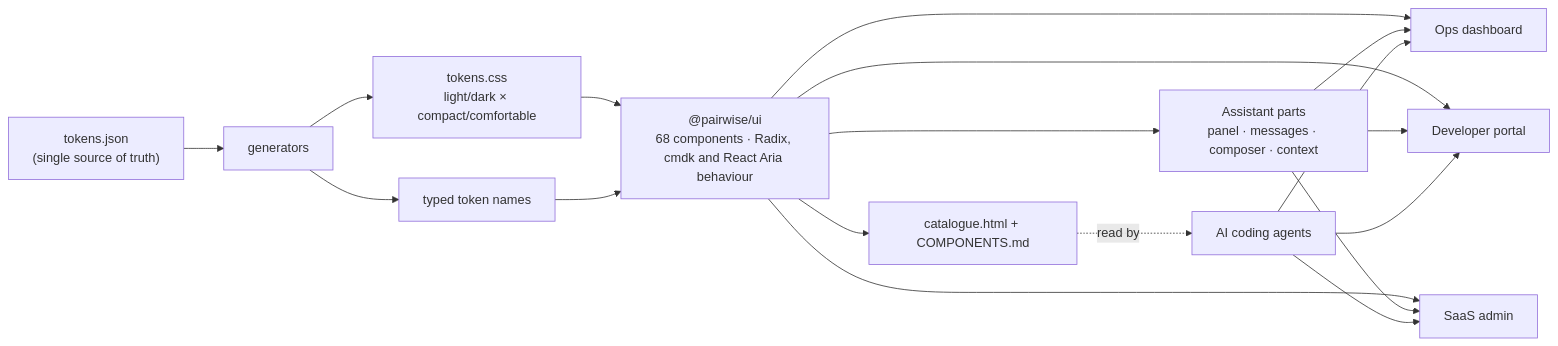
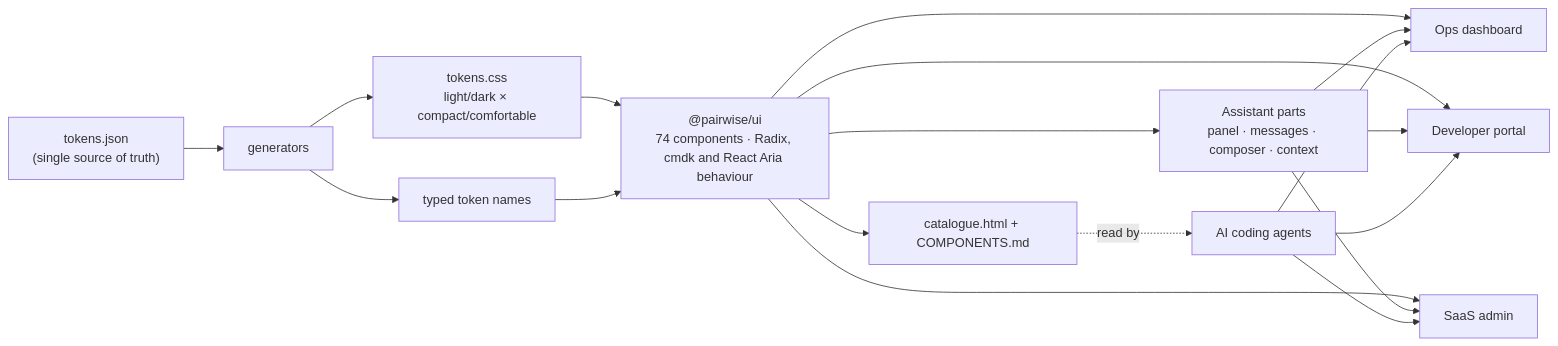
Before and after one commit to mithunmanohar/pairwise-saas-design-system: the diagram in README.md, drawn with Mermaid. The commit also changed other lines of this file and 86 other files, not shown here.

````diff
--- a/README.md
+++ b/README.md
@@ -274,16 +280,16 @@
 ```mermaid
 flowchart LR
   T["tokens.json<br/>(single source of truth)"] --> G["generators"]
   G --> CSS["tokens.css<br/>light/dark × compact/comfortable"]
   G --> TS["typed token names"]
-  CSS --> P["@pairwise/ui<br/>68 components · Radix, cmdk and React Aria behaviour"]
+  CSS --> P["@pairwise/ui<br/>74 components · Radix, cmdk and React Aria behaviour"]
   TS --> P
   P --> D["catalogue.html + COMPONENTS.md"]
   P --> A1["Ops dashboard"]
   P --> A2["Developer portal"]
   P --> A3["SaaS admin"]
   P --> AS["Assistant parts<br/>panel · messages · composer · context"]
   AS --> A1 & A2 & A3
   D -. read by .-> AI["AI coding agents"]
   AI --> A1 & A2 & A3
 ```
````
